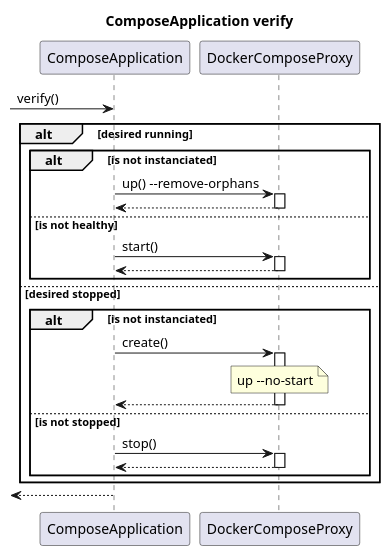
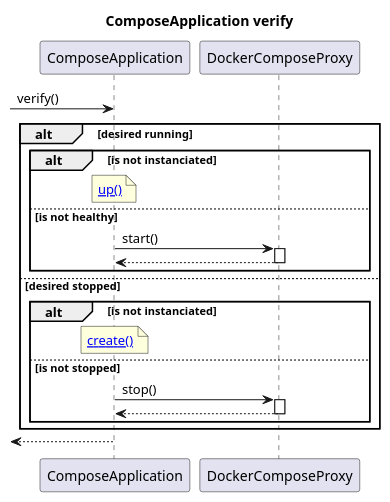
The diagram in ApplicationManager/ComposeApplication.verify.puml (se-edge/framework-diagrams), drawn with PlantUML before and after one commit. The commit also changed 7 other files, not shown here.

Commit message:
update boot sequence diagram

```diff
--- a/ApplicationManager/ComposeApplication.verify.puml
+++ b/ApplicationManager/ComposeApplication.verify.puml
@@ -1,32 +1,29 @@
 @startuml
 title "ComposeApplication verify"
 
 participant ComposeApplication as CA
 participant DockerComposeProxy as DComp
 
 [->CA: verify()
 
 
 alt desired running
     alt is not instanciated
-        CA->DComp ++: up() --remove-orphans
-        DComp-->CA --:
+        note over CA: [[http://www.plantuml.com/plantuml/proxy?cache=no&src=https://raw.githubusercontent.com/se-edge/diagrams/develop/ApplicationManager/ComposeApplication.up.puml&fmt=svg up()]]
 
     else is not healthy
         CA->DComp ++: start()
         DComp-->CA --:
     end
 else desired stopped
     alt is not instanciated
-        CA->DComp ++: create()
-        note over DComp : up --no-start
-        DComp-->CA --:
+        note over CA: [[http://www.plantuml.com/plantuml/proxy?cache=no&src=https://raw.githubusercontent.com/se-edge/diagrams/develop/ApplicationManager/ComposeApplication.create.puml&fmt=svg create()]]
 
     else is not stopped
         CA->DComp ++: stop()
         DComp-->CA --:
     end
 end
 
 CA-->[:
 @enduml
```
